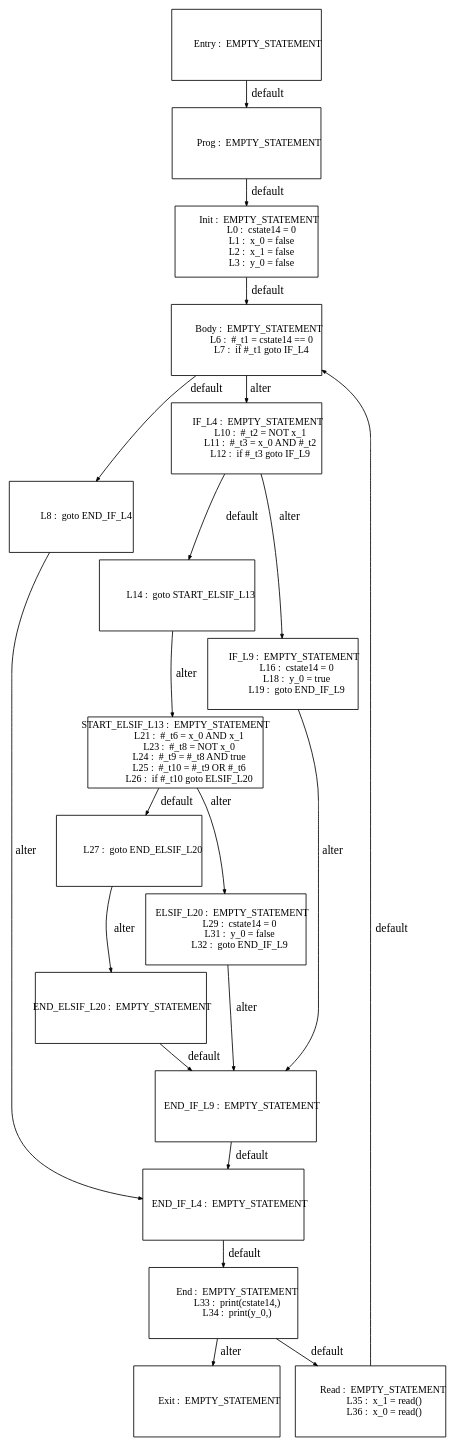
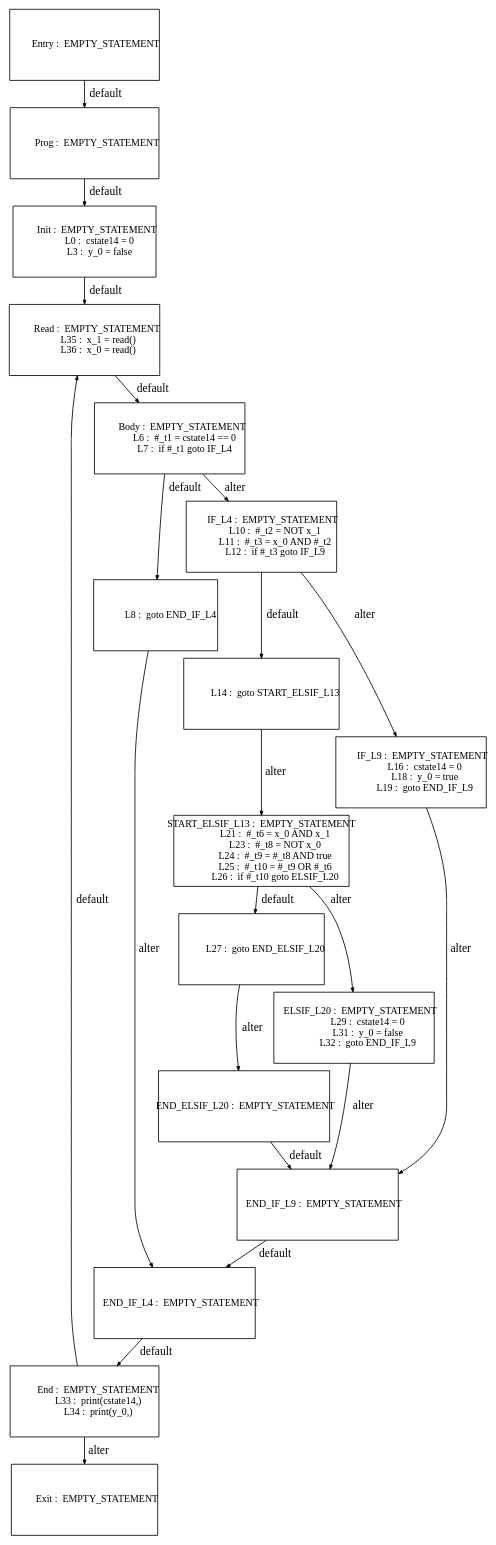
The diagram in tests_programs/paper1_tests/FB_G4LTL1_output/Graph_DSE_0.dot (Geoffrey1014/ST_DSE), drawn with Graphviz before and after one commit. The commit also changed 36 other files, not shown here.

```diff
--- a/tests_programs/paper1_tests/FB_G4LTL1_output/Graph_DSE_0.dot
+++ b/tests_programs/paper1_tests/FB_G4LTL1_output/Graph_DSE_0.dot
@@ -1,170 +1,164 @@
 digraph G {
   ranksep=.25;
   edge [arrowsize=.5]
   node [shape=rectangle, fontname="ArialNarrow",
         fontsize=12,  height=1.2];
   "           Prog :  EMPTY_STATEMENT
 "; "           Init :  EMPTY_STATEMENT
              L0 :  cstate14 = 0
-             L1 :  x_0 = false
-             L2 :  x_1 = false
              L3 :  y_0 = false
 "; "           Body :  EMPTY_STATEMENT
              L6 :  #_t1 = cstate14 == 0
              L7 :  if #_t1 goto IF_L4
 "; "             L8 :  goto END_IF_L4
 "; "          IF_L4 :  EMPTY_STATEMENT
             L10 :  #_t2 = NOT x_1
             L11 :  #_t3 = x_0 AND #_t2
             L12 :  if #_t3 goto IF_L9
 "; "            L14 :  goto START_ELSIF_L13
 "; "          IF_L9 :  EMPTY_STATEMENT
             L16 :  cstate14 = 0
             L18 :  y_0 = true
             L19 :  goto END_IF_L9
 "; "START_ELSIF_L13 :  EMPTY_STATEMENT
             L21 :  #_t6 = x_0 AND x_1
             L23 :  #_t8 = NOT x_0
             L24 :  #_t9 = #_t8 AND true
             L25 :  #_t10 = #_t9 OR #_t6
             L26 :  if #_t10 goto ELSIF_L20
 "; "            L27 :  goto END_ELSIF_L20
 "; "      ELSIF_L20 :  EMPTY_STATEMENT
             L29 :  cstate14 = 0
             L31 :  y_0 = false
             L32 :  goto END_IF_L9
 "; "  END_ELSIF_L20 :  EMPTY_STATEMENT
 "; "      END_IF_L9 :  EMPTY_STATEMENT
 "; "      END_IF_L4 :  EMPTY_STATEMENT
 "; "          Entry :  EMPTY_STATEMENT
 "; "            End :  EMPTY_STATEMENT
             L33 :  print(cstate14,)
             L34 :  print(y_0,)
 "; "           Exit :  EMPTY_STATEMENT
 "; "           Read :  EMPTY_STATEMENT
             L35 :  x_1 = read()
             L36 :  x_0 = read()
 "; 
   "           Prog :  EMPTY_STATEMENT
 " -> "           Init :  EMPTY_STATEMENT
              L0 :  cstate14 = 0
-             L1 :  x_0 = false
-             L2 :  x_1 = false
              L3 :  y_0 = false
 "  [label="default"];
   "           Init :  EMPTY_STATEMENT
              L0 :  cstate14 = 0
-             L1 :  x_0 = false
-             L2 :  x_1 = false
              L3 :  y_0 = false
-" -> "           Body :  EMPTY_STATEMENT
-             L6 :  #_t1 = cstate14 == 0
-             L7 :  if #_t1 goto IF_L4
+" -> "           Read :  EMPTY_STATEMENT
+            L35 :  x_1 = read()
+            L36 :  x_0 = read()
 "  [label="default"];
   "           Body :  EMPTY_STATEMENT
              L6 :  #_t1 = cstate14 == 0
              L7 :  if #_t1 goto IF_L4
 " -> "             L8 :  goto END_IF_L4
 "  [label="default"];
   "           Body :  EMPTY_STATEMENT
              L6 :  #_t1 = cstate14 == 0
              L7 :  if #_t1 goto IF_L4
 " -> "          IF_L4 :  EMPTY_STATEMENT
             L10 :  #_t2 = NOT x_1
             L11 :  #_t3 = x_0 AND #_t2
             L12 :  if #_t3 goto IF_L9
 "  [label="alter"];
   "             L8 :  goto END_IF_L4
 " -> "      END_IF_L4 :  EMPTY_STATEMENT
 "  [label="alter"];
   "          IF_L4 :  EMPTY_STATEMENT
             L10 :  #_t2 = NOT x_1
             L11 :  #_t3 = x_0 AND #_t2
             L12 :  if #_t3 goto IF_L9
 " -> "            L14 :  goto START_ELSIF_L13
 "  [label="default"];
   "          IF_L4 :  EMPTY_STATEMENT
             L10 :  #_t2 = NOT x_1
             L11 :  #_t3 = x_0 AND #_t2
             L12 :  if #_t3 goto IF_L9
 " -> "          IF_L9 :  EMPTY_STATEMENT
             L16 :  cstate14 = 0
             L18 :  y_0 = true
             L19 :  goto END_IF_L9
 "  [label="alter"];
   "            L14 :  goto START_ELSIF_L13
 " -> "START_ELSIF_L13 :  EMPTY_STATEMENT
             L21 :  #_t6 = x_0 AND x_1
             L23 :  #_t8 = NOT x_0
             L24 :  #_t9 = #_t8 AND true
             L25 :  #_t10 = #_t9 OR #_t6
             L26 :  if #_t10 goto ELSIF_L20
 "  [label="alter"];
   "          IF_L9 :  EMPTY_STATEMENT
             L16 :  cstate14 = 0
             L18 :  y_0 = true
             L19 :  goto END_IF_L9
 " -> "      END_IF_L9 :  EMPTY_STATEMENT
 "  [label="alter"];
   "START_ELSIF_L13 :  EMPTY_STATEMENT
             L21 :  #_t6 = x_0 AND x_1
             L23 :  #_t8 = NOT x_0
             L24 :  #_t9 = #_t8 AND true
             L25 :  #_t10 = #_t9 OR #_t6
             L26 :  if #_t10 goto ELSIF_L20
 " -> "            L27 :  goto END_ELSIF_L20
 "  [label="default"];
   "START_ELSIF_L13 :  EMPTY_STATEMENT
             L21 :  #_t6 = x_0 AND x_1
             L23 :  #_t8 = NOT x_0
             L24 :  #_t9 = #_t8 AND true
             L25 :  #_t10 = #_t9 OR #_t6
             L26 :  if #_t10 goto ELSIF_L20
 " -> "      ELSIF_L20 :  EMPTY_STATEMENT
             L29 :  cstate14 = 0
             L31 :  y_0 = false
             L32 :  goto END_IF_L9
 "  [label="alter"];
   "            L27 :  goto END_ELSIF_L20
 " -> "  END_ELSIF_L20 :  EMPTY_STATEMENT
 "  [label="alter"];
   "      ELSIF_L20 :  EMPTY_STATEMENT
             L29 :  cstate14 = 0
             L31 :  y_0 = false
             L32 :  goto END_IF_L9
 " -> "      END_IF_L9 :  EMPTY_STATEMENT
 "  [label="alter"];
   "  END_ELSIF_L20 :  EMPTY_STATEMENT
 " -> "      END_IF_L9 :  EMPTY_STATEMENT
 "  [label="default"];
   "      END_IF_L9 :  EMPTY_STATEMENT
 " -> "      END_IF_L4 :  EMPTY_STATEMENT
 "  [label="default"];
   "      END_IF_L4 :  EMPTY_STATEMENT
 " -> "            End :  EMPTY_STATEMENT
             L33 :  print(cstate14,)
             L34 :  print(y_0,)
 "  [label="default"];
   "          Entry :  EMPTY_STATEMENT
 " -> "           Prog :  EMPTY_STATEMENT
 "  [label="default"];
   "            End :  EMPTY_STATEMENT
             L33 :  print(cstate14,)
             L34 :  print(y_0,)
 " -> "           Read :  EMPTY_STATEMENT
             L35 :  x_1 = read()
             L36 :  x_0 = read()
 "  [label="default"];
   "            End :  EMPTY_STATEMENT
             L33 :  print(cstate14,)
             L34 :  print(y_0,)
 " -> "           Exit :  EMPTY_STATEMENT
 "  [label="alter"];
   "           Read :  EMPTY_STATEMENT
             L35 :  x_1 = read()
             L36 :  x_0 = read()
 " -> "           Body :  EMPTY_STATEMENT
              L6 :  #_t1 = cstate14 == 0
              L7 :  if #_t1 goto IF_L4
 "  [label="default"];
 }
```
